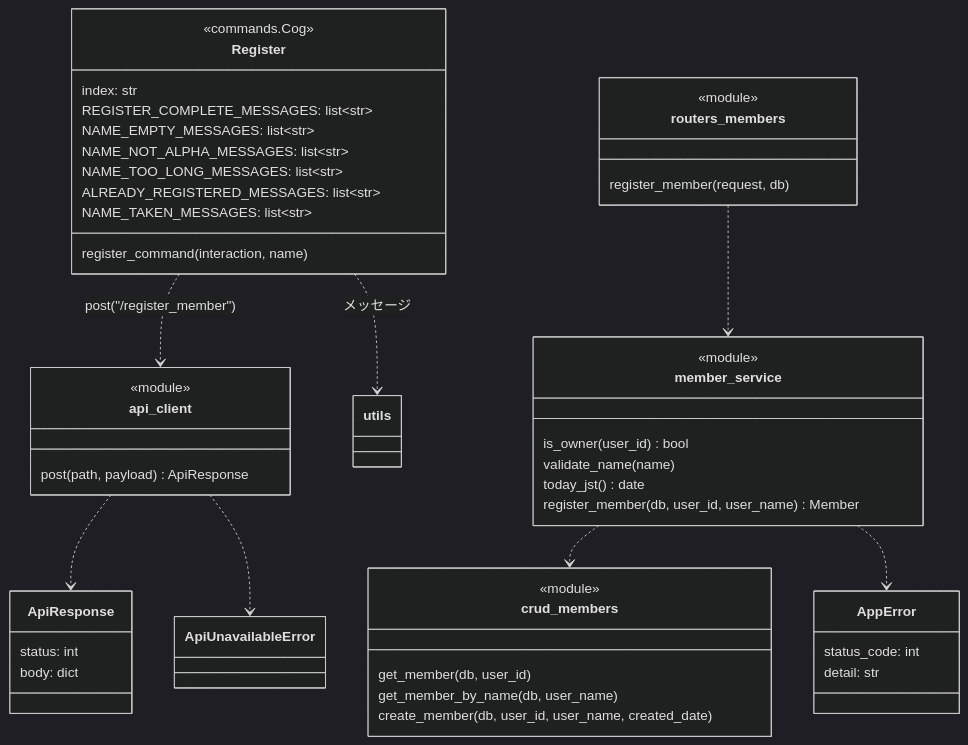
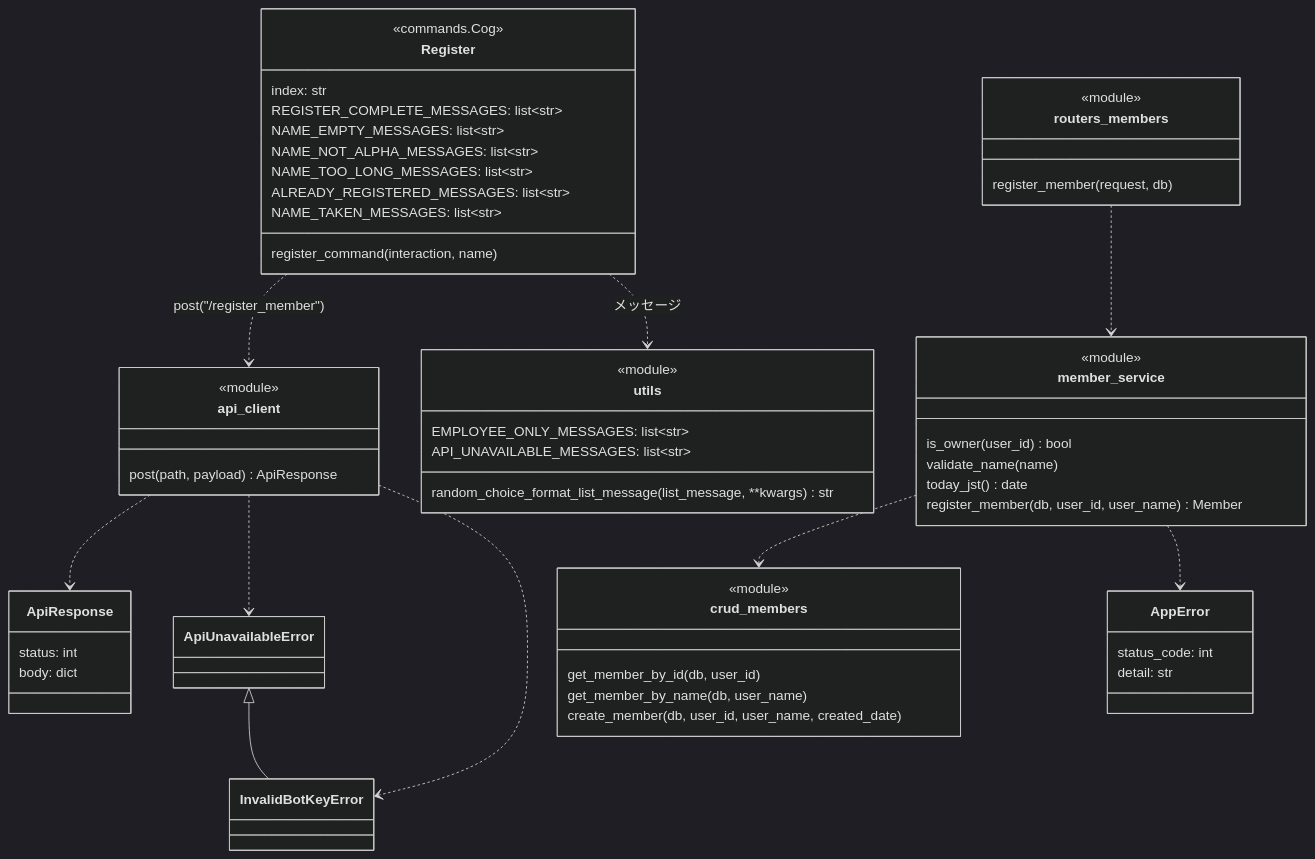
One commit to rabin0630/DiscordWorkLogger changed the second of 2 diagrams in docs/attendance_requirements_and_design/command_detailed_designs/register_detailed_design.md. Above: the diagram before and after it, drawn with Mermaid (dark theme). The commit also changed other lines of this file and 1 other file, not shown here.

````diff
--- a/docs/attendance_requirements_and_design/command_detailed_designs/register_detailed_design.md
+++ b/docs/attendance_requirements_and_design/command_detailed_designs/register_detailed_design.md
@@ -447,52 +604,61 @@
 ```mermaid
 classDiagram
     class Register {
         <<commands.Cog>>
         index: str
         REGISTER_COMPLETE_MESSAGES: list~str~
         NAME_EMPTY_MESSAGES: list~str~
         NAME_NOT_ALPHA_MESSAGES: list~str~
         NAME_TOO_LONG_MESSAGES: list~str~
         ALREADY_REGISTERED_MESSAGES: list~str~
         NAME_TAKEN_MESSAGES: list~str~
         register_command(interaction, name)
     }
     class api_client {
         <<module>>
         post(path, payload) ApiResponse
     }
+    class utils {
+        <<module>>
+        EMPLOYEE_ONLY_MESSAGES: list~str~
+        API_UNAVAILABLE_MESSAGES: list~str~
+        random_choice_format_list_message(list_message, **kwargs) str
+    }
     class ApiResponse {
         status: int
         body: dict
     }
     class ApiUnavailableError
+    class InvalidBotKeyError
+    ApiUnavailableError <|-- InvalidBotKeyError
     Register ..> api_client : post("/register_member")
     Register ..> utils : メッセージ
     api_client ..> ApiResponse
     api_client ..> ApiUnavailableError
+    api_client ..> InvalidBotKeyError
 
     class routers_members {
         <<module>>
         register_member(request, db)
     }
     class member_service {
         <<module>>
         is_owner(user_id) bool
         validate_name(name)
         today_jst() date
         register_member(db, user_id, user_name) Member
     }
     class crud_members {
         <<module>>
-        get_member(db, user_id)
+        get_member_by_id(db, user_id)
         get_member_by_name(db, user_name)
         create_member(db, user_id, user_name, created_date)
     }
     class AppError {
         status_code: int
         detail: str
     }
     routers_members ..> member_service
     member_service ..> crud_members
     member_service ..> AppError
 ```
````
